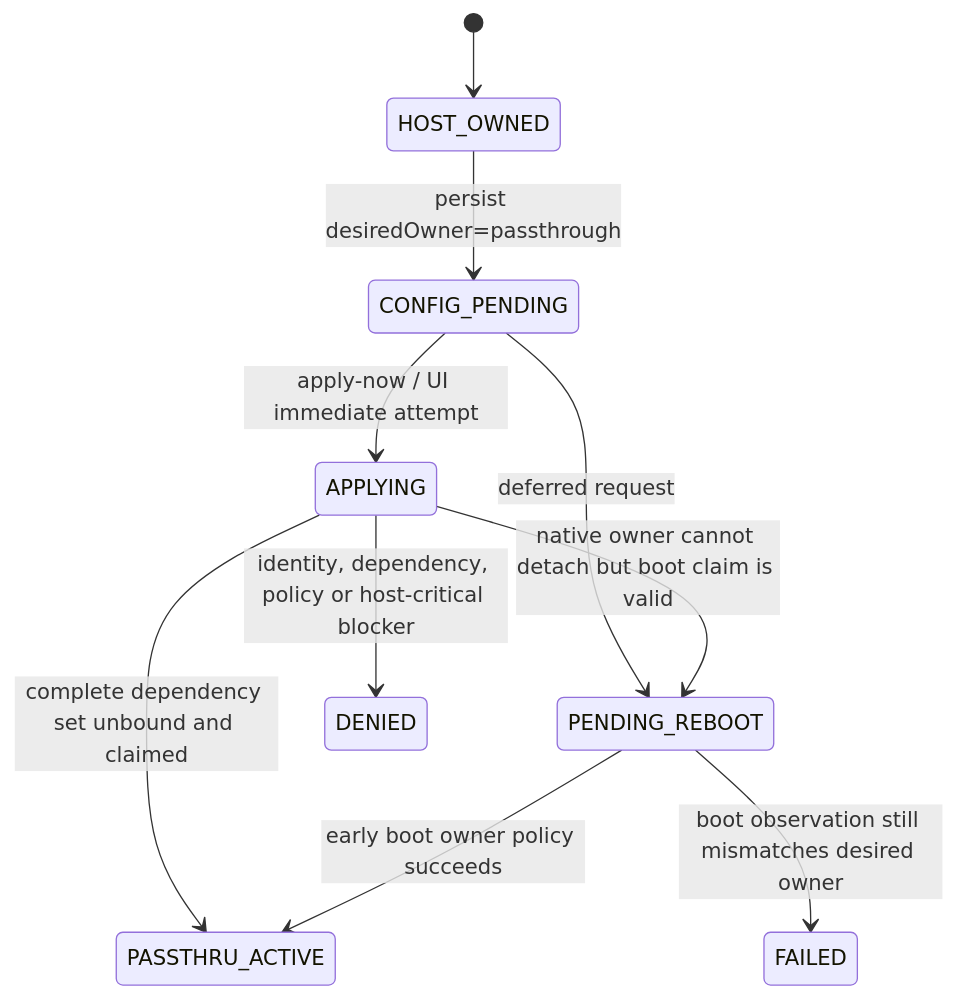
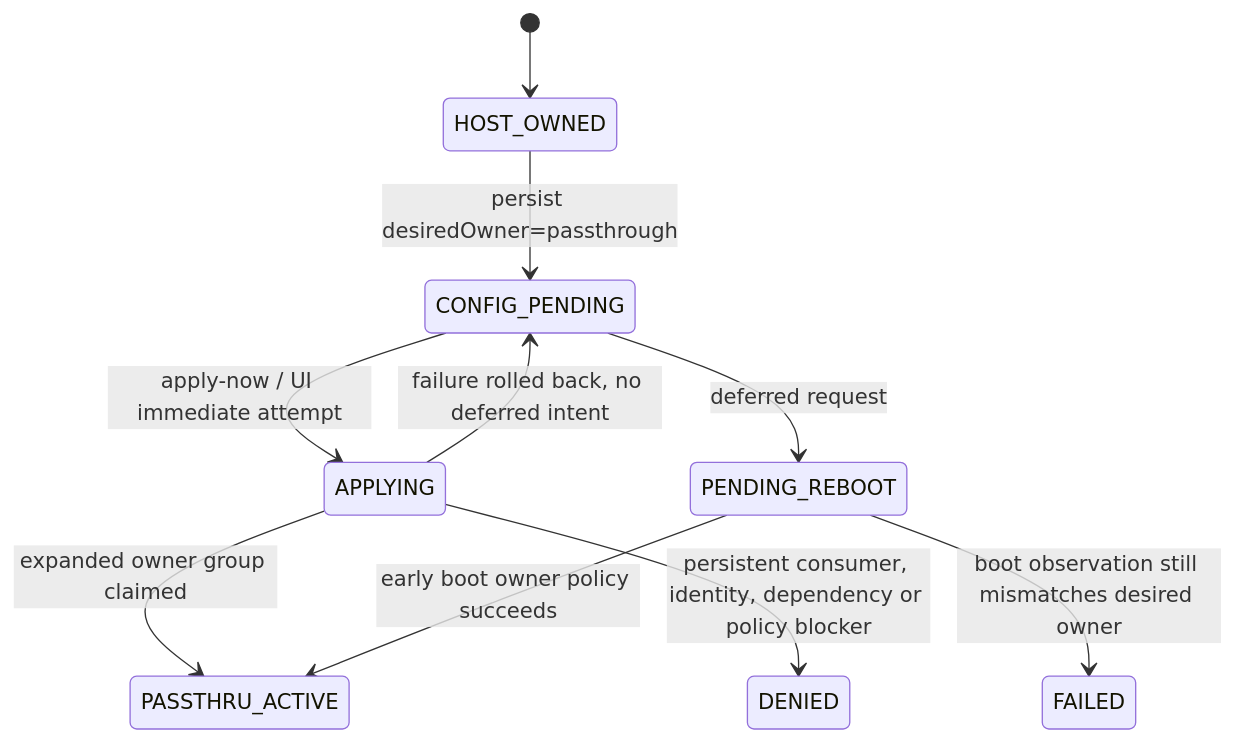
The second of 17 diagrams in qemu-static-dynamic-directpath-design.md (JoJoJoinme/pci-mmio-notes), drawn with Mermaid before and after one commit. The commit also changed other lines of this file and 19 other files, not shown here.

````diff
--- a/qemu-static-dynamic-directpath-design.md
+++ b/qemu-static-dynamic-directpath-design.md
@@ -192,12 +202,12 @@
 ```mermaid
 stateDiagram-v2
     [*] --> HOST_OWNED
     HOST_OWNED --> CONFIG_PENDING: persist desiredOwner=passthrough
     CONFIG_PENDING --> APPLYING: apply-now / UI immediate attempt
     CONFIG_PENDING --> PENDING_REBOOT: deferred request
-    APPLYING --> PASSTHRU_ACTIVE: complete dependency set unbound and claimed
-    APPLYING --> PENDING_REBOOT: native owner cannot detach but boot claim is valid
-    APPLYING --> DENIED: identity, dependency, policy or host-critical blocker
+    APPLYING --> PASSTHRU_ACTIVE: expanded owner group claimed
+    APPLYING --> CONFIG_PENDING: failure rolled back, no deferred intent
+    APPLYING --> DENIED: persistent consumer, identity, dependency or policy blocker
     PENDING_REBOOT --> PASSTHRU_ACTIVE: early boot owner policy succeeds
     PENDING_REBOOT --> FAILED: boot observation still mismatches desired owner
 ```
````
